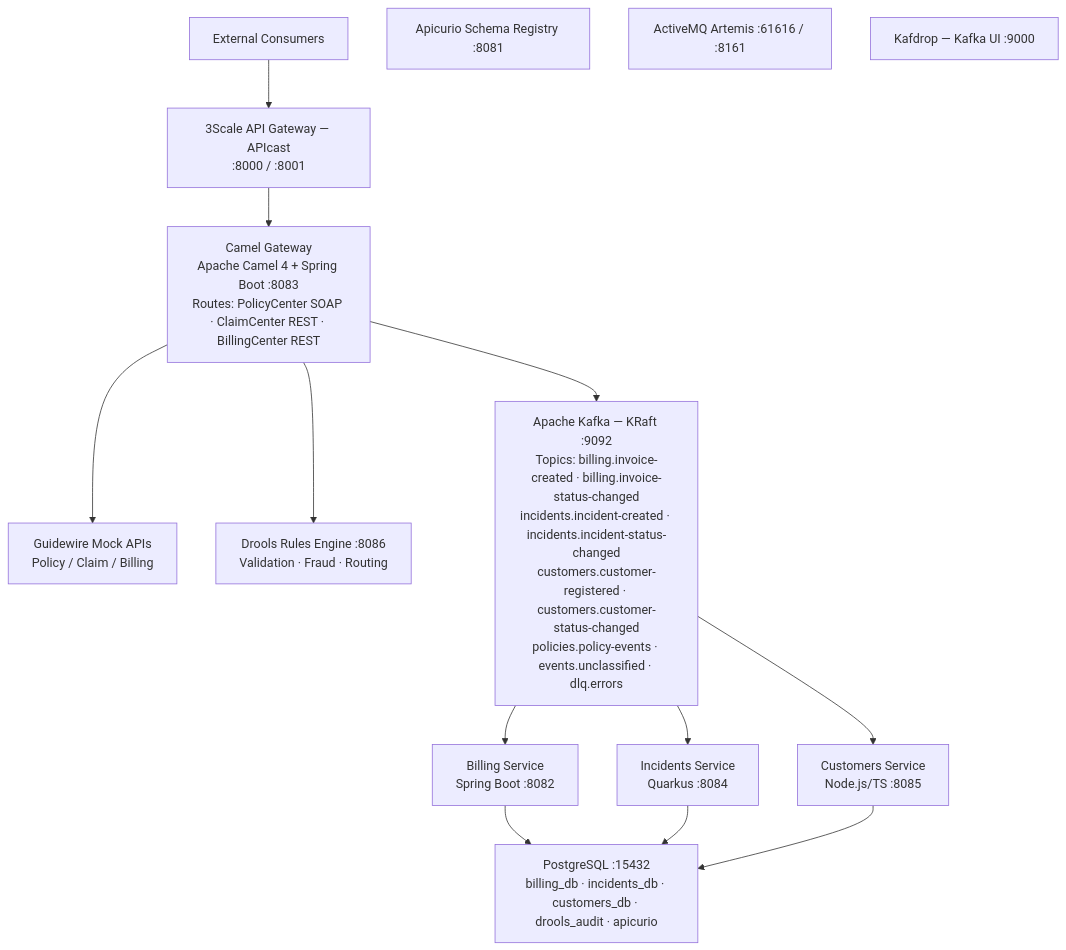
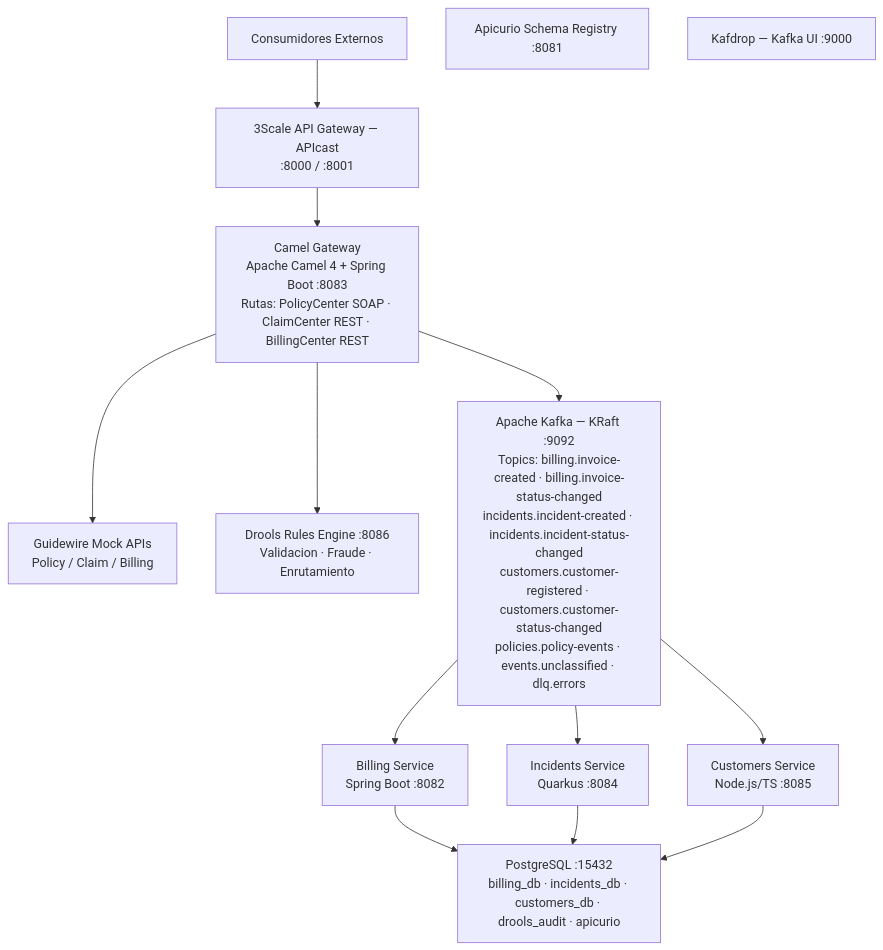
Before and after one commit to monghithub/guidewire: the first of 7 diagrams in openspecs/docs/architecture/README.md, drawn with Mermaid. The commit also changed other lines of this file and 21 other files, not shown here.

````diff
--- a/openspecs/docs/architecture/README.md
+++ b/openspecs/docs/architecture/README.md
@@ -35,36 +35,35 @@
 ```mermaid
 graph TD
-    consumers["External Consumers"]
+    consumers["Consumidores Externos"]
     consumers --> threescale
 
     threescale["3Scale API Gateway — APIcast<br/>:8000 / :8001"]
     threescale --> camel
 
-    camel["Camel Gateway<br/>Apache Camel 4 + Spring Boot :8083<br/>Routes: PolicyCenter SOAP · ClaimCenter REST · BillingCenter REST"]
+    camel["Camel Gateway<br/>Apache Camel 4 + Spring Boot :8083<br/>Rutas: PolicyCenter SOAP · ClaimCenter REST · BillingCenter REST"]
     camel --> gwmock
     camel --> drools
     camel --> kafka
 
     gwmock["Guidewire Mock APIs<br/>Policy / Claim / Billing"]
-    drools["Drools Rules Engine :8086<br/>Validation · Fraud · Routing"]
+    drools["Drools Rules Engine :8086<br/>Validacion · Fraude · Enrutamiento"]
 
     kafka["Apache Kafka — KRaft :9092<br/>Topics: billing.invoice-created · billing.invoice-status-changed<br/>incidents.incident-created · incidents.incident-status-changed<br/>customers.customer-registered · customers.customer-status-changed<br/>policies.policy-events · events.unclassified · dlq.errors"]
 
     kafka --> billing
     kafka --> incidents
     kafka --> customers
 
     billing["Billing Service<br/>Spring Boot :8082"]
     incidents["Incidents Service<br/>Quarkus :8084"]
     customers["Customers Service<br/>Node.js/TS :8085"]
 
     billing --> pg
     incidents --> pg
     customers --> pg
 
     pg["PostgreSQL :15432<br/>billing_db · incidents_db · customers_db · drools_audit · apicurio"]
 
     apicurio["Apicurio Schema Registry :8081"]
-    activemq["ActiveMQ Artemis :61616 / :8161"]
     kafdrop["Kafdrop — Kafka UI :9000"]
 ```
````
